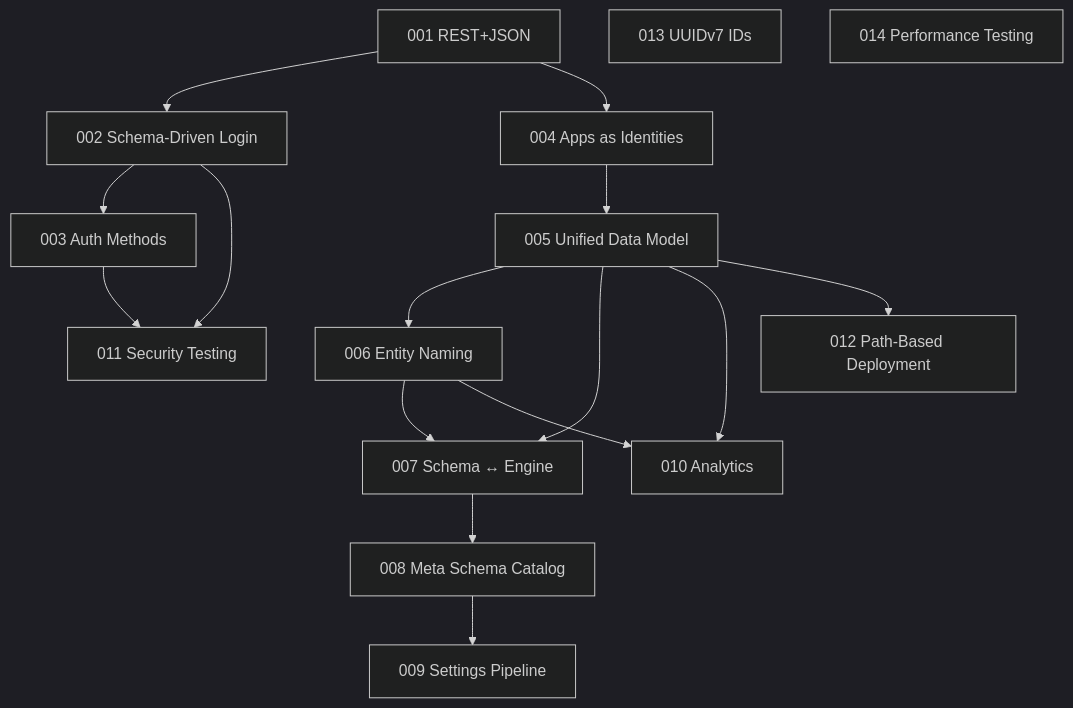
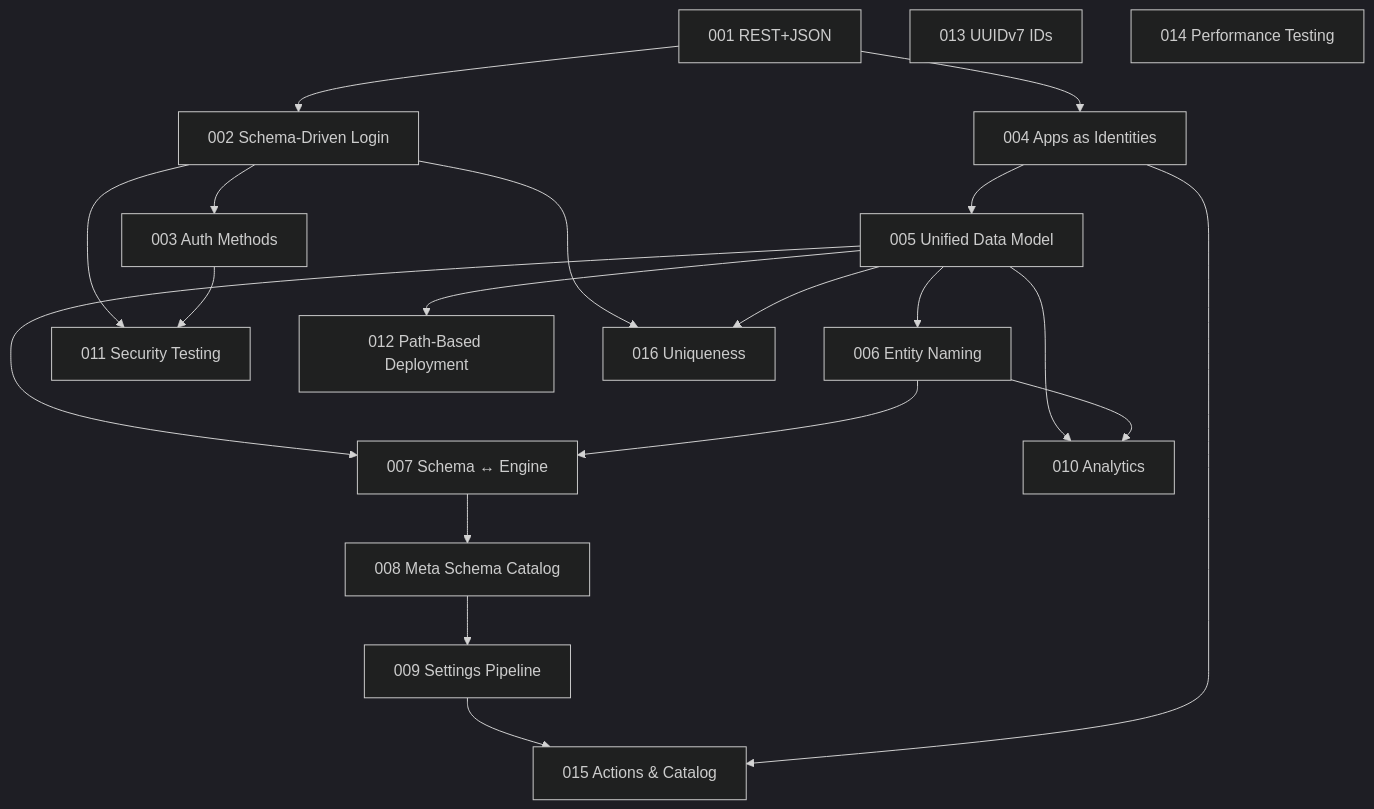
One commit to fforootd/hodor changed the diagram in docs/000-index.md. Above: the diagram before and after it, drawn with Mermaid (dark theme). The commit also changed other lines of this file and 58 other files, not shown here.

First line of the commit message:
feat: schema-driven uniqueness constraints (ADR-016)

````diff
--- a/docs/000-index.md
+++ b/docs/000-index.md
@@ -51,19 +53,23 @@
 ```mermaid
 graph TD
     A001[001 REST+JSON] --> A002[002 Schema-Driven Login]
     A002 --> A003[003 Auth Methods]
     A001 --> A004[004 Apps as Identities]
     A004 --> A005[005 Unified Data Model]
     A005 --> A006[006 Entity Naming]
     A005 --> A007[007 Schema ↔ Engine]
     A006 --> A007
     A007 --> A008[008 Meta Schema Catalog]
     A008 --> A009[009 Settings Pipeline]
     A005 --> A010[010 Analytics]
     A006 --> A010
     A002 --> A011[011 Security Testing]
     A003 --> A011
     A005 --> A012[012 Path-Based Deployment]
     A013[013 UUIDv7 IDs]
     A014[014 Performance Testing]
+    A009 --> A015[015 Actions & Catalog]
+    A004 --> A015
+    A002 --> A016[016 Uniqueness]
+    A005 --> A016
 ```
````
